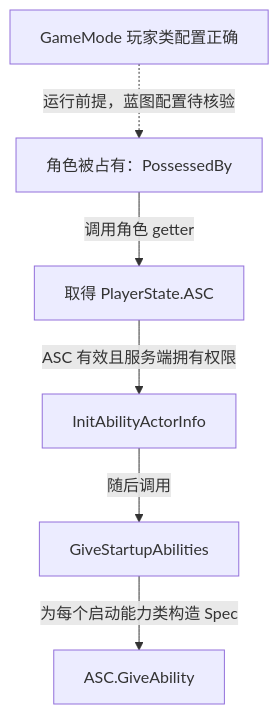
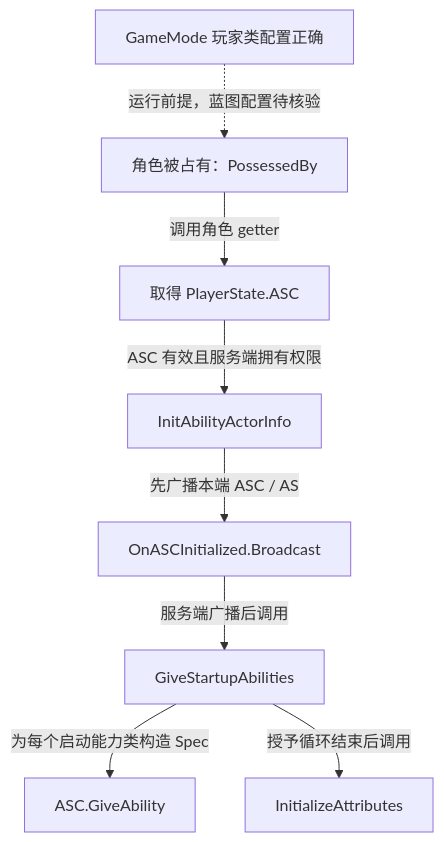
The second of 2 diagrams in Game/GameMode.md (xue1ong/GAS_StudyNotes), drawn with Mermaid before and after one commit. The commit also changed other lines of this file and 17 other files, not shown here.

````diff
--- a/Game/GameMode.md
+++ b/Game/GameMode.md
@@ -53,8 +55,10 @@
 ```mermaid
 flowchart TD
     config["GameMode 玩家类配置正确"] -.->|"运行前提，蓝图配置待核验"| possessed["角色被占有：PossessedBy"]
     possessed -->|"调用角色 getter"| getter["取得 PlayerState.ASC"]
     getter -->|"ASC 有效且服务端拥有权限"| info["InitAbilityActorInfo"]
-    info -->|"随后调用"| startup["GiveStartupAbilities"]
+    info -->|"先广播本端 ASC / AS"| signal["OnASCInitialized.Broadcast"]
+    signal -->|"服务端广播后调用"| startup["GiveStartupAbilities"]
     startup -->|"为每个启动能力类构造 Spec"| grant["ASC.GiveAbility"]
+    startup -->|"授予循环结束后调用"| initial["InitializeAttributes"]
 ```
````
